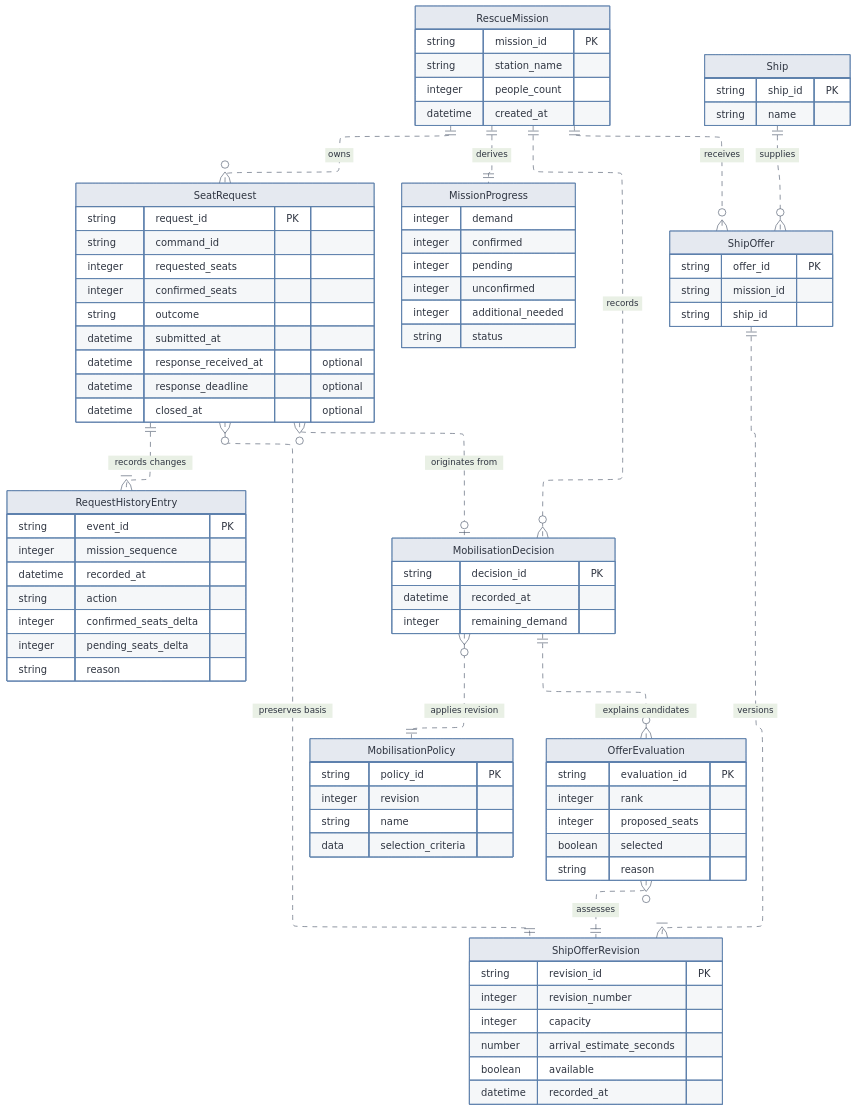
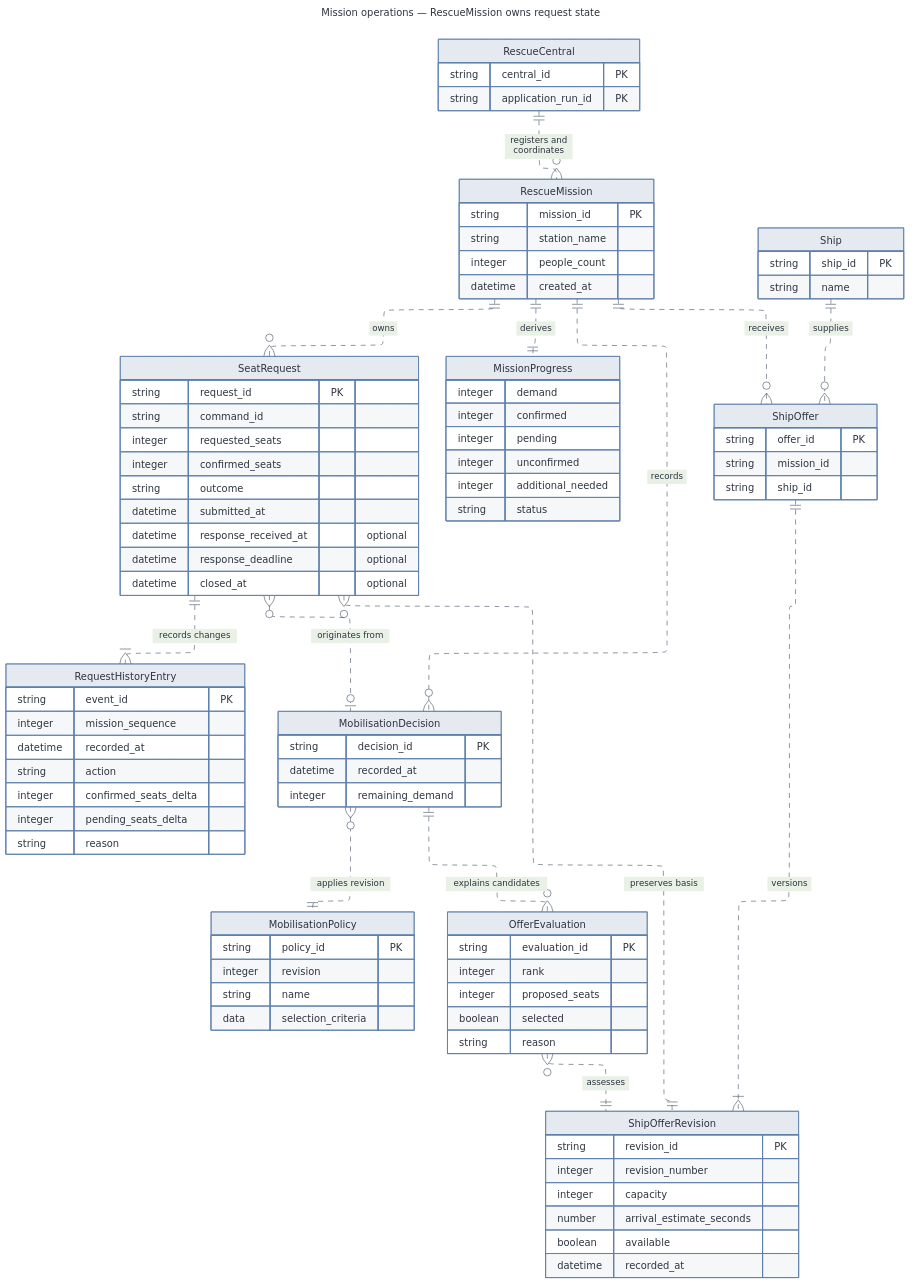
One commit to mariaxmxavier/space-rescue-system changed the diagram in docs/diagrams/rescue-domain-model/entity-relationship-diagrams/domain-model-er.mmd. Above: the diagram before and after it, drawn with Mermaid. The commit also changed 10 other files, not shown here.

Commit message:
docs: clarify run-scoped coordination and history

```diff
--- a/docs/diagrams/rescue-domain-model/entity-relationship-diagrams/domain-model-er.mmd
+++ b/docs/diagrams/rescue-domain-model/entity-relationship-diagrams/domain-model-er.mmd
@@ -1,114 +1,122 @@
 ---
+title: Mission operations — RescueMission owns request state
 config:
   layout: elk
   theme: base
   htmlLabels: false
   fontFamily: Arial
   themeVariables:
     primaryColor: '#e5e9f0'
     primaryTextColor: '#2e3440'
     primaryBorderColor: '#5e81ac'
     lineColor: '#4c566a'
     tertiaryColor: '#eceff4'
     fontFamily: 'Arial, sans-serif'
   elk:
     mergeEdges: false
     nodePlacementStrategy: LINEAR_SEGMENTS
   class:
     nodeSpacing: 90
     rankSpacing: 100
     padding: 24
     diagramPadding: 40
   er:
     nodeSpacing: 90
     rankSpacing: 100
     diagramPadding: 30
 ---
 erDiagram
     direction TB
     %% Logical ER view; dashed lines do not imply UML dependency or lifecycle ownership.
-    %% RescueCentral is an application orchestrator, not a data entity, so it is omitted here.
+    %% RescueCentral identity, registry, missions, and their history live for one application run.
+    %% Its registry relates registered missions; each mission retains its existing request history.
+    %% RescueMission owns request state transitions and mission invariants; these are behaviours, not additional stored fields.
     %% MissionOperations
+    RescueCentral {
+        string central_id PK
+        string application_run_id PK
+    }
     RescueMission {
         string mission_id PK
         string station_name
         integer people_count
         datetime created_at
     }
     SeatRequest {
         string request_id PK
         string command_id
         integer requested_seats
         integer confirmed_seats
         string outcome
         datetime submitted_at
         datetime response_received_at "optional"
         datetime response_deadline "optional"
         datetime closed_at "optional"
     }
     RequestHistoryEntry {
         string event_id PK
         integer mission_sequence
         datetime recorded_at
         string action
         integer confirmed_seats_delta
         integer pending_seats_delta
         string reason
     }
     MissionProgress {
         integer demand
         integer confirmed
         integer pending
         integer unconfirmed
         integer additional_needed
         string status
     }
     %% ShipsAndOffers
     Ship {
         string ship_id PK
         string name
     }
     ShipOffer {
         string offer_id PK
         string mission_id
         string ship_id
     }
     ShipOfferRevision {
         string revision_id PK
         integer revision_number
         integer capacity
         number arrival_estimate_seconds
         boolean available
         datetime recorded_at
     }
     %% Mobilisation
     MobilisationPolicy {
         string policy_id PK
         integer revision
         string name
         data selection_criteria
     }
     MobilisationDecision {
         string decision_id PK
         datetime recorded_at
         integer remaining_demand
     }
     OfferEvaluation {
         string evaluation_id PK
         integer rank
         integer proposed_seats
         boolean selected
         string reason
     }
+    RescueCentral ||..o{ RescueMission : "registers and coordinates"
     RescueMission ||..o{ SeatRequest : "owns"
     RescueMission ||..o{ ShipOffer : "receives"
     Ship ||..o{ ShipOffer : "supplies"
     ShipOffer ||..|{ ShipOfferRevision : "versions"
     SeatRequest }o..|| ShipOfferRevision : "preserves basis"
     SeatRequest ||..|{ RequestHistoryEntry : "records changes"
     RescueMission ||..|| MissionProgress : "derives"
     RescueMission ||..o{ MobilisationDecision : "records"
     MobilisationDecision }o..|| MobilisationPolicy : "applies revision"
     MobilisationDecision ||..o{ OfferEvaluation : "explains candidates"
     OfferEvaluation }o..|| ShipOfferRevision : "assesses"
     SeatRequest }o..o| MobilisationDecision : "originates from"
```
